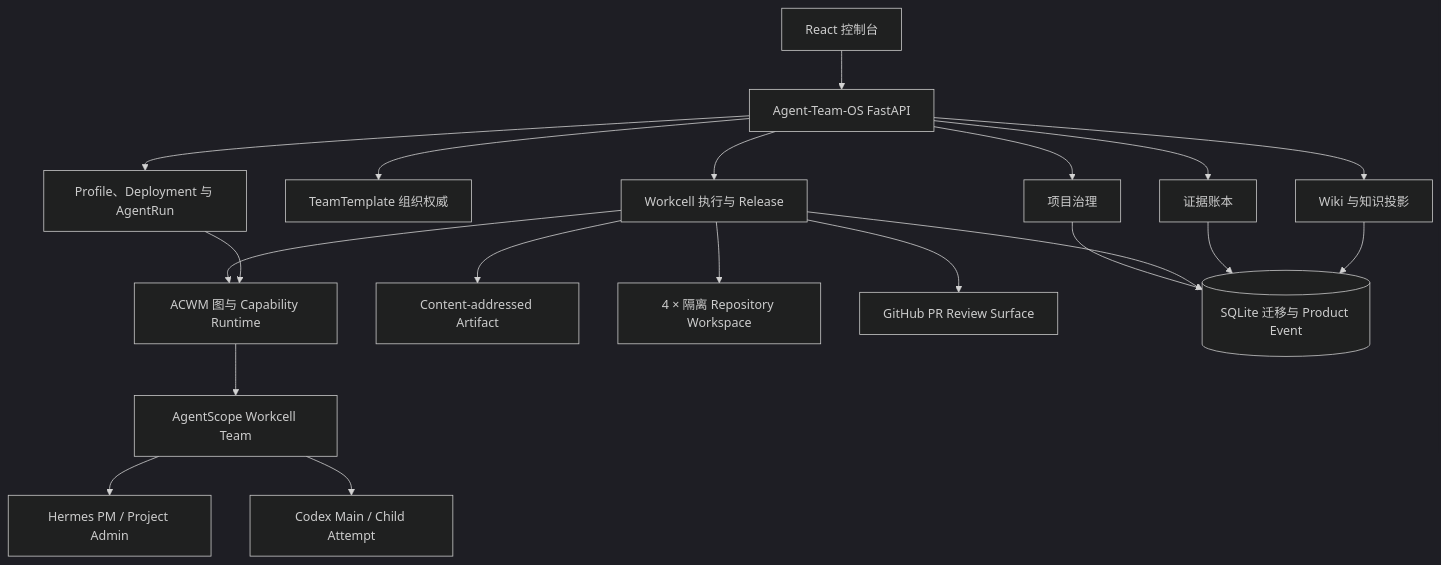
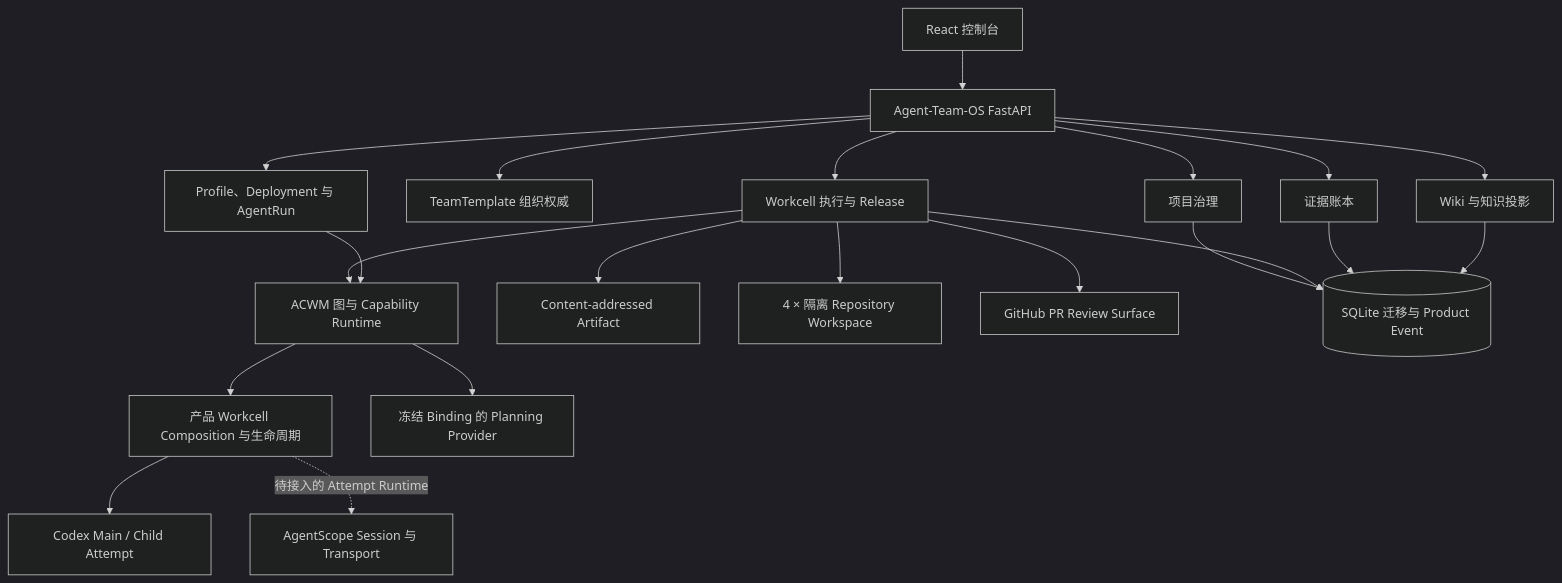
One commit to Jinchengawu/DEV-Agent-Teams-V2 changed the second of 2 diagrams in README.md. Above: the diagram before and after it, drawn with Mermaid (dark theme). The commit also changed other lines of this file and 107 other files, not shown here.

````diff
--- a/README.md
+++ b/README.md
@@ -225,22 +226,23 @@
 ```mermaid
 flowchart TB
     UI[React 控制台] --> API[Agent-Team-OS FastAPI]
     API --> PROJECT[项目治理]
     API --> TEAM[TeamTemplate 组织权威]
     API --> DELIVERY[Workcell 执行与 Release]
     API --> AGENTS[Profile、Deployment 与 AgentRun]
     API --> EVIDENCE[证据账本]
     API --> KNOWLEDGE[Wiki 与知识投影]
     DELIVERY --> ACWM[ACWM 图与 Capability Runtime]
     AGENTS --> ACWM
-    ACWM --> AS[AgentScope Workcell Team]
-    AS --> H[Hermes PM / Project Admin]
-    AS --> C[Codex Main / Child Attempt]
+    ACWM --> WC[产品 Workcell Composition 与生命周期]
+    ACWM --> P[冻结 Binding 的 Planning Provider]
+    WC --> C[Codex Main / Child Attempt]
+    WC -. 待接入的 Attempt Runtime .-> AS[AgentScope Session 与 Transport]
     DELIVERY --> ART[Content-addressed Artifact]
     DELIVERY --> GIT[4 × 隔离 Repository Workspace]
     DELIVERY --> GH[GitHub PR Review Surface]
     PROJECT --> DB[(SQLite 迁移与 Product Event)]
     DELIVERY --> DB
     EVIDENCE --> DB
     KNOWLEDGE --> DB
 ```
````
